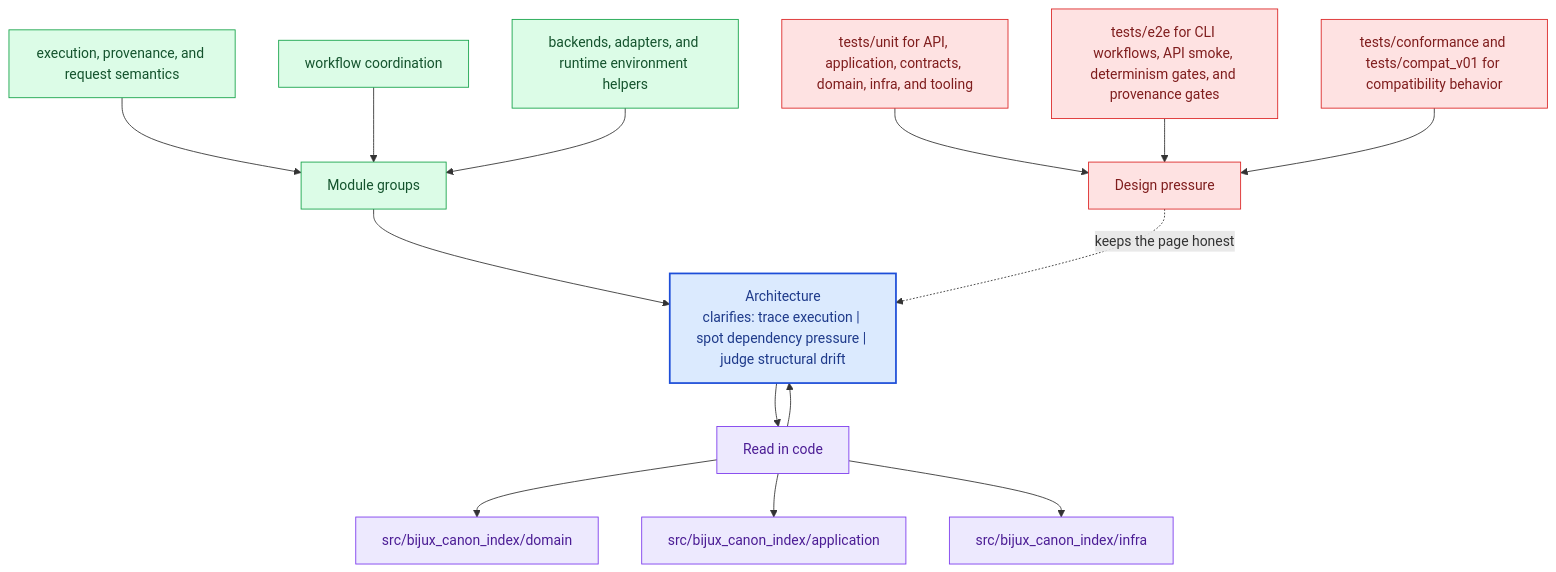
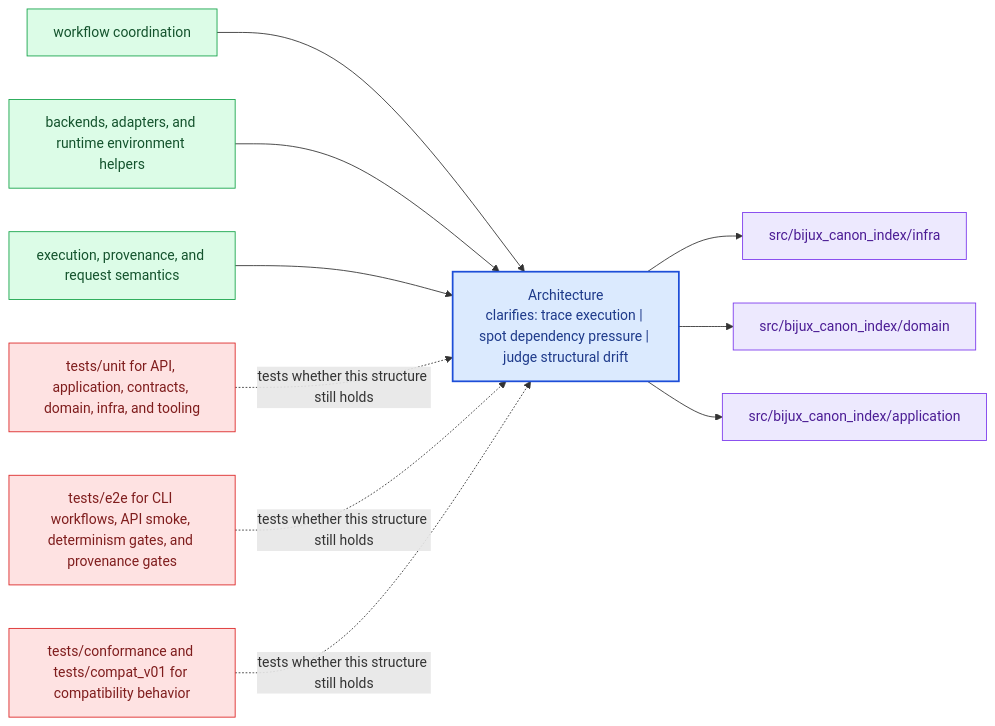
The diagram in docs/bijux-canon-index/architecture/index.md (bijux/bijux-canon), drawn with Mermaid before and after one commit. The commit also changed other lines of this file and 281 other files, not shown here.

Commit message:
docs(diagrams): replace repeated mermaid scaffolds with page-specific summaries

````diff
--- a/docs/bijux-canon-index/architecture/index.md
+++ b/docs/bijux-canon-index/architecture/index.md
@@ -65,40 +20,31 @@
 ```mermaid
-flowchart TB
-    promise["Architecture<br/>clarifies: trace execution | spot dependency pressure | judge structural drift"]
-    classDef promise fill:#dbeafe,stroke:#1d4ed8,color:#1e3a8a,stroke-width:2px;
-    classDef driver fill:#dcfce7,stroke:#16a34a,color:#14532d;
-    classDef constraint fill:#fee2e2,stroke:#dc2626,color:#7f1d1d;
-    classDef ground fill:#ede9fe,stroke:#7c3aed,color:#4c1d95;
-    focus1["Module groups"]
-    focus1 --> promise
-    focus1_1["execution, provenance, and request semantics"]
-    focus1_1 --> focus1
-    focus1_2["workflow coordination"]
-    focus1_2 --> focus1
-    focus1_3["backends, adapters, and runtime environment helpers"]
-    focus1_3 --> focus1
-    class focus1 driver;
-    class focus1_1,focus1_2,focus1_3 driver;
-    focus2["Read in code"]
-    focus2 --> promise
-    promise --> focus2
-    focus2_1["src/bijux_canon_index/domain"]
-    focus2 --> focus2_1
-    focus2_2["src/bijux_canon_index/application"]
-    focus2 --> focus2_2
-    focus2_3["src/bijux_canon_index/infra"]
-    focus2 --> focus2_3
-    class focus2 ground;
-    class focus2_1,focus2_2,focus2_3 ground;
-    focus3["Design pressure"]
-    focus3 -.keeps the page honest.-> promise
-    focus3_1["tests/unit for API, application, contracts, domain, infra, and tooling"]
-    focus3_1 --> focus3
-    focus3_2["tests/e2e for CLI workflows, API smoke, determinism gates, and provenance gates"]
-    focus3_2 --> focus3
-    focus3_3["tests/conformance and tests/compat_v01 for compatibility behavior"]
-    focus3_3 --> focus3
-    class focus3 constraint;
-    class focus3_1,focus3_2,focus3_3 constraint;
-    class promise promise;
+flowchart LR
+    page["Architecture<br/>clarifies: trace execution | spot dependency pressure | judge structural drift"]
+    classDef page fill:#dbeafe,stroke:#1d4ed8,color:#1e3a8a,stroke-width:2px;
+    classDef positive fill:#dcfce7,stroke:#16a34a,color:#14532d;
+    classDef caution fill:#fee2e2,stroke:#dc2626,color:#7f1d1d;
+    classDef anchor fill:#ede9fe,stroke:#7c3aed,color:#4c1d95;
+    classDef action fill:#fef3c7,stroke:#d97706,color:#7c2d12;
+    module1["workflow coordination"]
+    module1 --> page
+    module2["backends, adapters, and runtime environment helpers"]
+    module2 --> page
+    module3["execution, provenance, and request semantics"]
+    module3 --> page
+    code1["src/bijux_canon_index/infra"]
+    page --> code1
+    code2["src/bijux_canon_index/domain"]
+    page --> code2
+    code3["src/bijux_canon_index/application"]
+    page --> code3
+    pressure1["tests/unit for API, application, contracts, domain, infra, and tooling"]
+    pressure1 -.tests whether this structure still holds.-> page
+    pressure2["tests/e2e for CLI workflows, API smoke, determinism gates, and provenance gates"]
+    pressure2 -.tests whether this structure still holds.-> page
+    pressure3["tests/conformance and tests/compat_v01 for compatibility behavior"]
+    pressure3 -.tests whether this structure still holds.-> page
+    class page page;
+    class module1,module2,module3 positive;
+    class code1,code2,code3 anchor;
+    class pressure1,pressure2,pressure3 caution;
 ```
````
